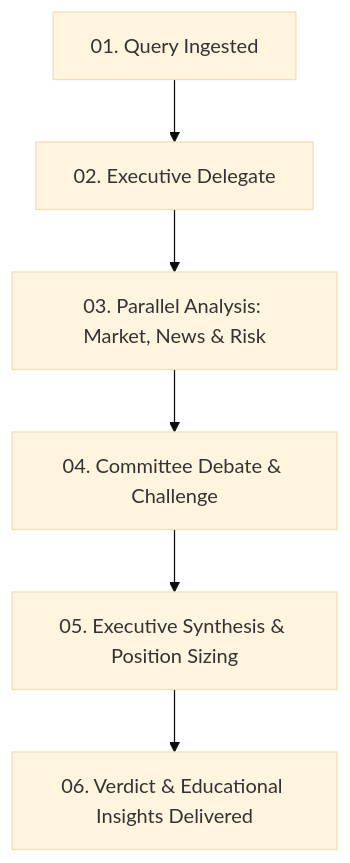
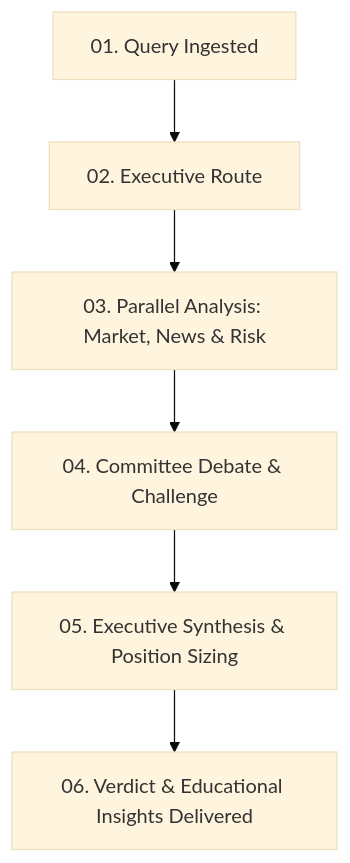
Before and after one commit to Siva-Subramaniam-DS/fincouncil-ai: the diagram in kaggle_writeup.md, drawn with Mermaid (base theme). The commit also changed other lines of this file, not shown here.

````diff
--- a/kaggle_writeup.md
+++ b/kaggle_writeup.md
@@ -47,8 +50,8 @@
 ```mermaid
 graph TD
-    A[01. Query Ingested] --> B[02. Executive Delegate]
+    A[01. Query Ingested] --> B[02. Executive Route]
     B --> C[03. Parallel Analysis: Market, News & Risk]
     C --> D[04. Committee Debate & Challenge]
     D --> E[05. Executive Synthesis & Position Sizing]
     E --> F[06. Verdict & Educational Insights Delivered]
 ```
````
